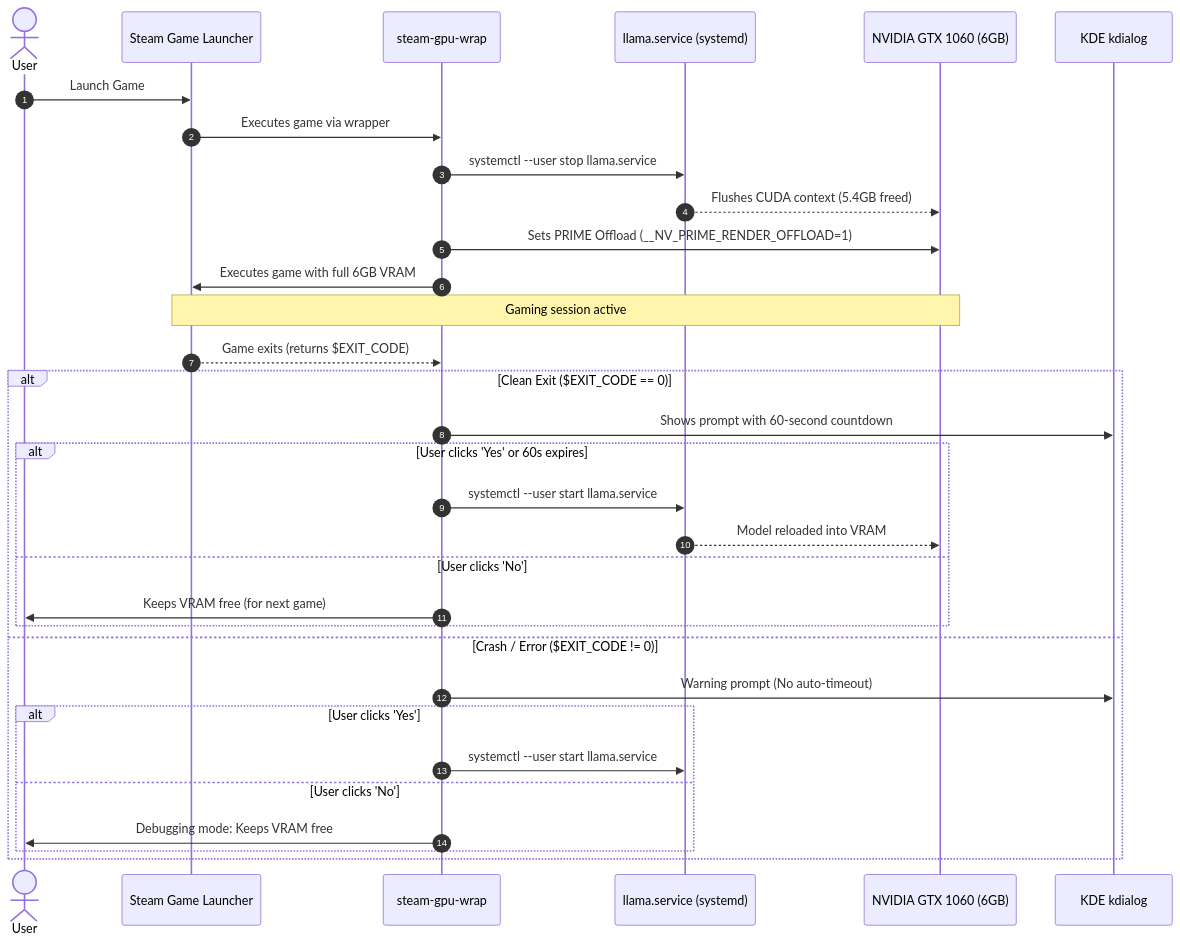
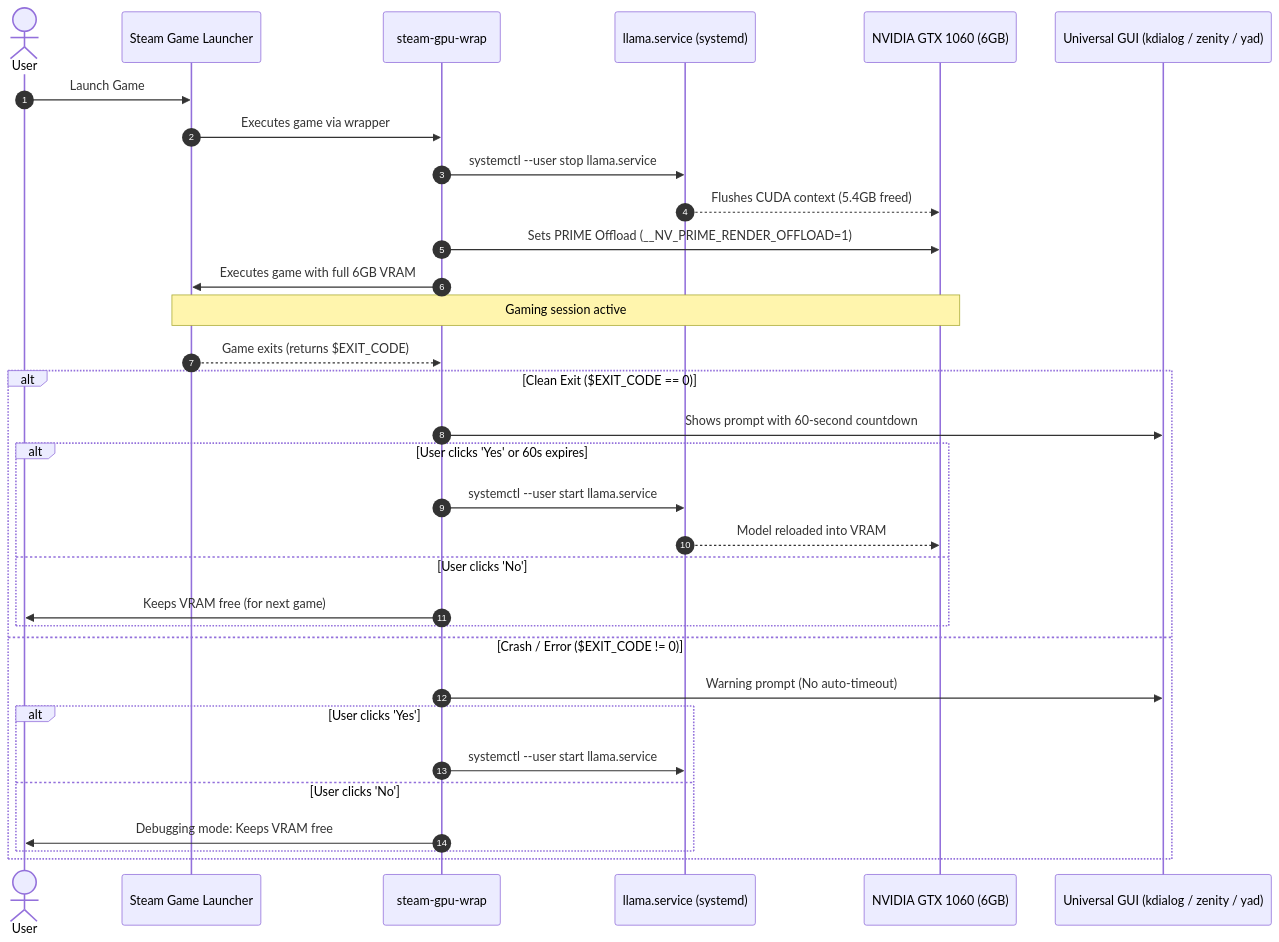
The diagram in README.md (milhy545/Steam-VRAM-Manager), drawn with Mermaid before and after one commit. The commit also changed other lines of this file and 2 other files, not shown here.

Commit message:
feat: make Steam-VRAM-Manager completely desktop-agnostic (KDE/GNOME/XFCE/MATE/Cinnamon/Sway/i3)

````diff
--- a/README.md
+++ b/README.md
@@ -21,36 +21,36 @@
 ```mermaid
 sequenceDiagram
     autonumber
     actor User
     participant Steam as Steam Game Launcher
     participant Wrapper as steam-gpu-wrap
     participant Llama as llama.service (systemd)
     participant GPU as NVIDIA GTX 1060 (6GB)
-    participant Dialog as KDE kdialog
+    participant Dialog as Universal GUI (kdialog / zenity / yad)
 
     User->>Steam: Launch Game
     Steam->>Wrapper: Executes game via wrapper
     Wrapper->>Llama: systemctl --user stop llama.service
     Llama-->>GPU: Flushes CUDA context (5.4GB freed)
     Wrapper->>GPU: Sets PRIME Offload (__NV_PRIME_RENDER_OFFLOAD=1)
     Wrapper->>Steam: Executes game with full 6GB VRAM
     Note over Steam,GPU: Gaming session active
     Steam-->>Wrapper: Game exits (returns $EXIT_CODE)
     
     alt Clean Exit ($EXIT_CODE == 0)
         Wrapper->>Dialog: Shows prompt with 60-second countdown
         alt User clicks 'Yes' or 60s expires
             Wrapper->>Llama: systemctl --user start llama.service
             Llama-->>GPU: Model reloaded into VRAM
         else User clicks 'No'
             Wrapper->>User: Keeps VRAM free (for next game)
         end
     else Crash / Error ($EXIT_CODE != 0)
         Wrapper->>Dialog: Warning prompt (No auto-timeout)
         alt User clicks 'Yes'
             Wrapper->>Llama: systemctl --user start llama.service
         else User clicks 'No'
             Wrapper->>User: Debugging mode: Keeps VRAM free
         end
     end
 ```
````
